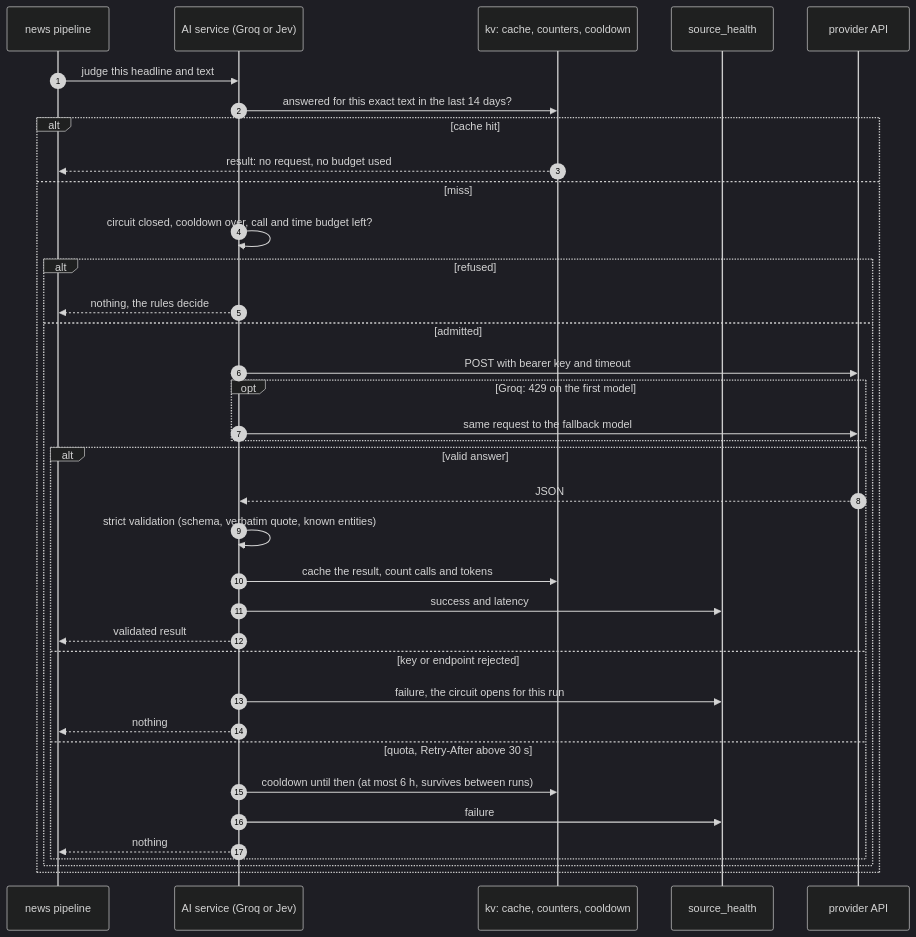
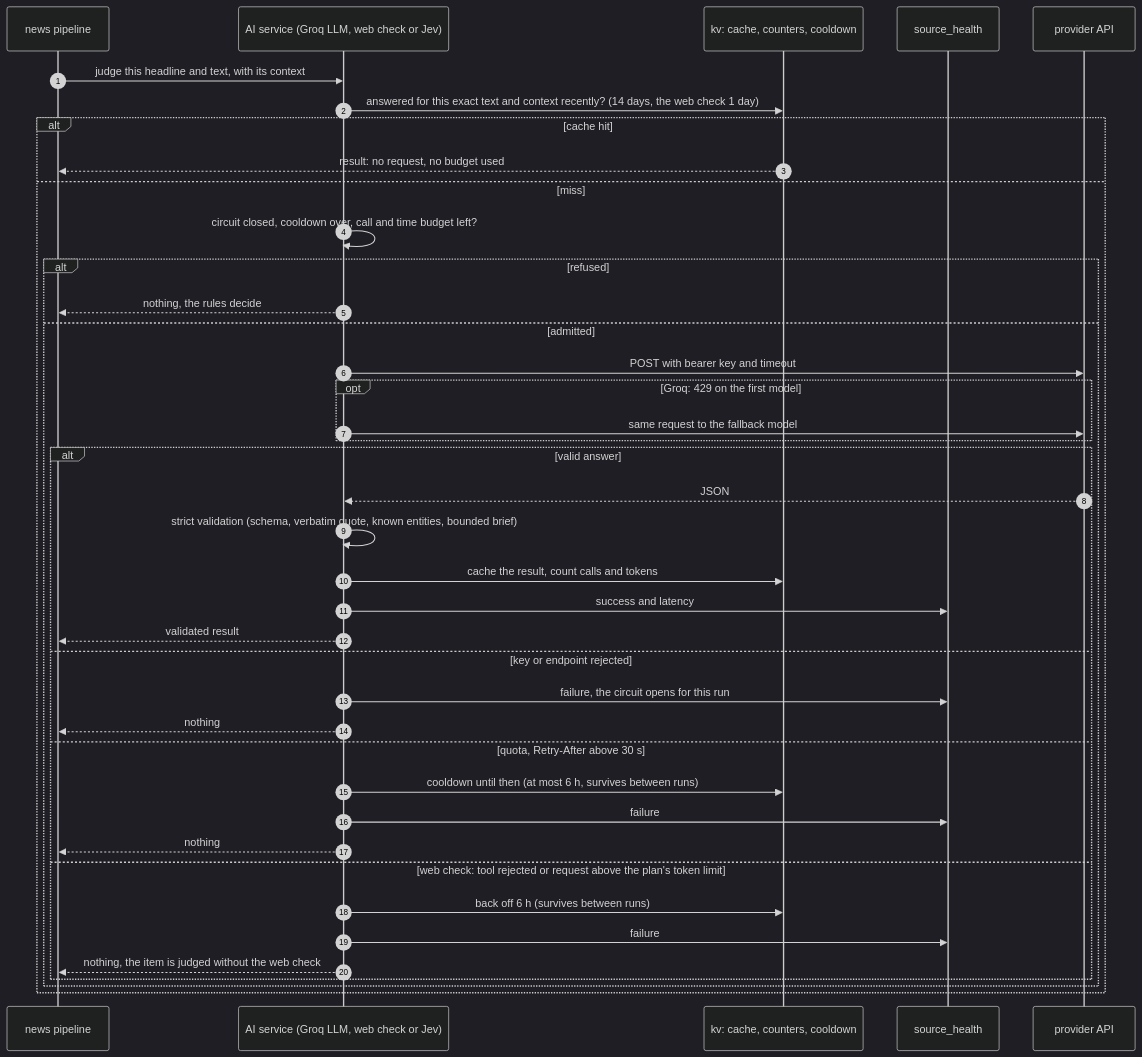
The eighth of 20 diagrams in MONSTER-AI/docs/ARCHITECTURE.md (amansoni7477030/MonsterStock_AI), drawn with Mermaid (dark theme) before and after one commit. The commit also changed other lines of this file and 7 other files, not shown here.

````diff
--- a/MONSTER-AI/docs/ARCHITECTURE.md
+++ b/MONSTER-AI/docs/ARCHITECTURE.md
@@ -276,39 +281,43 @@
 ```mermaid
 sequenceDiagram
     autonumber
     participant P as news pipeline
-    participant S as AI service (Groq or Jev)
+    participant S as AI service (Groq LLM, web check or Jev)
     participant K as kv: cache, counters, cooldown
     participant H as source_health
     participant API as provider API
 
-    P->>S: judge this headline and text
-    S->>K: answered for this exact text in the last 14 days?
+    P->>S: judge this headline and text, with its context
+    S->>K: answered for this exact text and context recently? (14 days, the web check 1 day)
     alt cache hit
         K-->>P: result: no request, no budget used
     else miss
         S->>S: circuit closed, cooldown over, call and time budget left?
         alt refused
             S-->>P: nothing, the rules decide
         else admitted
             S->>API: POST with bearer key and timeout
             opt Groq: 429 on the first model
                 S->>API: same request to the fallback model
             end
             alt valid answer
                 API-->>S: JSON
-                S->>S: strict validation (schema, verbatim quote, known entities)
+                S->>S: strict validation (schema, verbatim quote, known entities, bounded brief)
                 S->>K: cache the result, count calls and tokens
                 S->>H: success and latency
                 S-->>P: validated result
             else key or endpoint rejected
                 S->>H: failure, the circuit opens for this run
                 S-->>P: nothing
             else quota, Retry-After above 30 s
                 S->>K: cooldown until then (at most 6 h, survives between runs)
                 S->>H: failure
                 S-->>P: nothing
+            else web check: tool rejected or request above the plan's token limit
+                S->>K: back off 6 h (survives between runs)
+                S->>H: failure
+                S-->>P: nothing, the item is judged without the web check
             end
         end
     end
 ```
````
